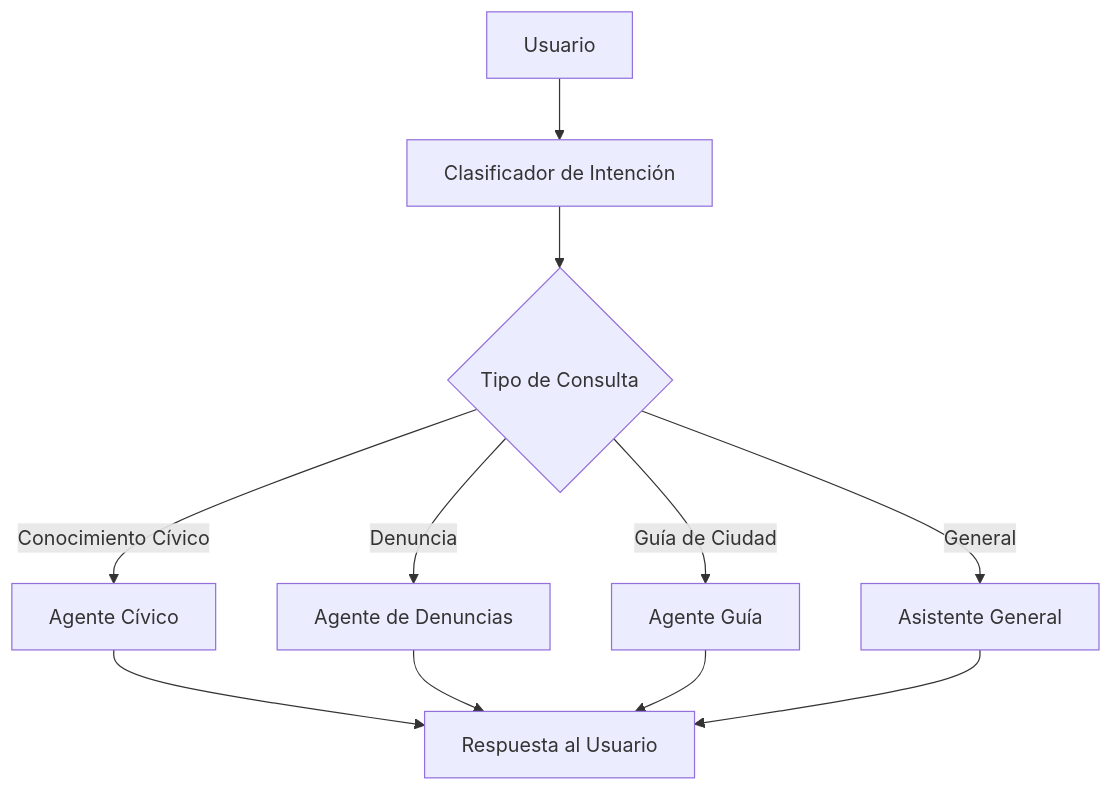
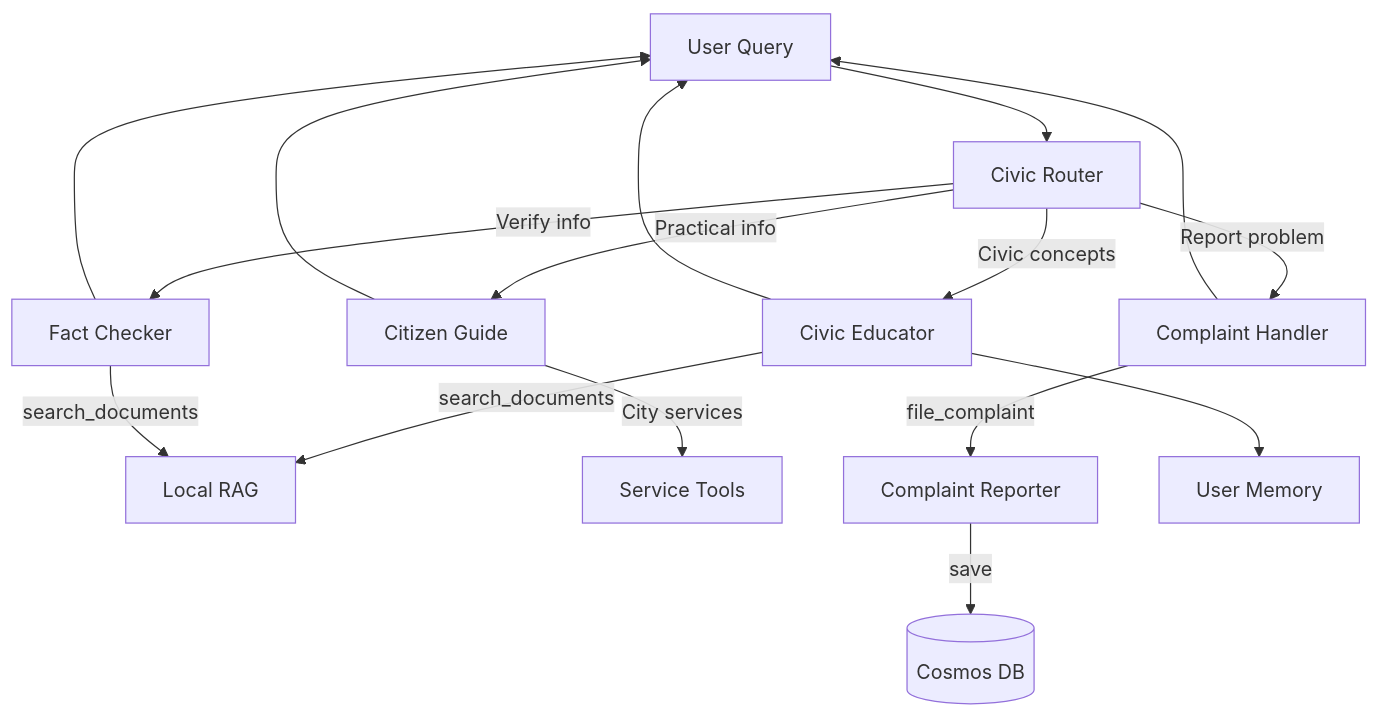
One commit to luiscm17/minka-link changed the diagram in README.md. Above: the diagram before and after it, drawn with Mermaid. The commit also changed other lines of this file and 73 other files, not shown here.

````diff
--- a/README.md
+++ b/README.md
@@ -22,13 +142,21 @@
 ```mermaid
-flowchart TB
-    A[Usuario] --> B[Clasificador de Intención]
-    B --> C{Tipo de Consulta}
-    C -->|Conocimiento Cívico| D[Agente Cívico]
-    C -->|Denuncia| E[Agente de Denuncias]
-    C -->|Guía de Ciudad| F[Agente Guía]
-    C -->|General| G[Asistente General]
-    D --> H[Respuesta al Usuario]
-    E --> H
-    F --> H
-    G --> H
+graph TD
+    U[User Query] --> R[Civic Router]
+    R -->|Civic concepts| E[Civic Educator]
+    R -->|Practical info| G[Citizen Guide]
+    R -->|Report problem| C[Complaint Handler]
+    R -->|Verify info| F[Fact Checker]
+
+    E -->|search_documents| RAG[Local RAG]
+    F -->|search_documents| RAG
+    G -->|City services| TOOLS[Service Tools]
+    C -->|file_complaint| REP[Complaint Reporter]
+
+    REP -->|save| DB[(Cosmos DB)]
+    E --> MEM[User Memory]
+
+    E --> U
+    G --> U
+    C --> U
+    F --> U
 ```
````
